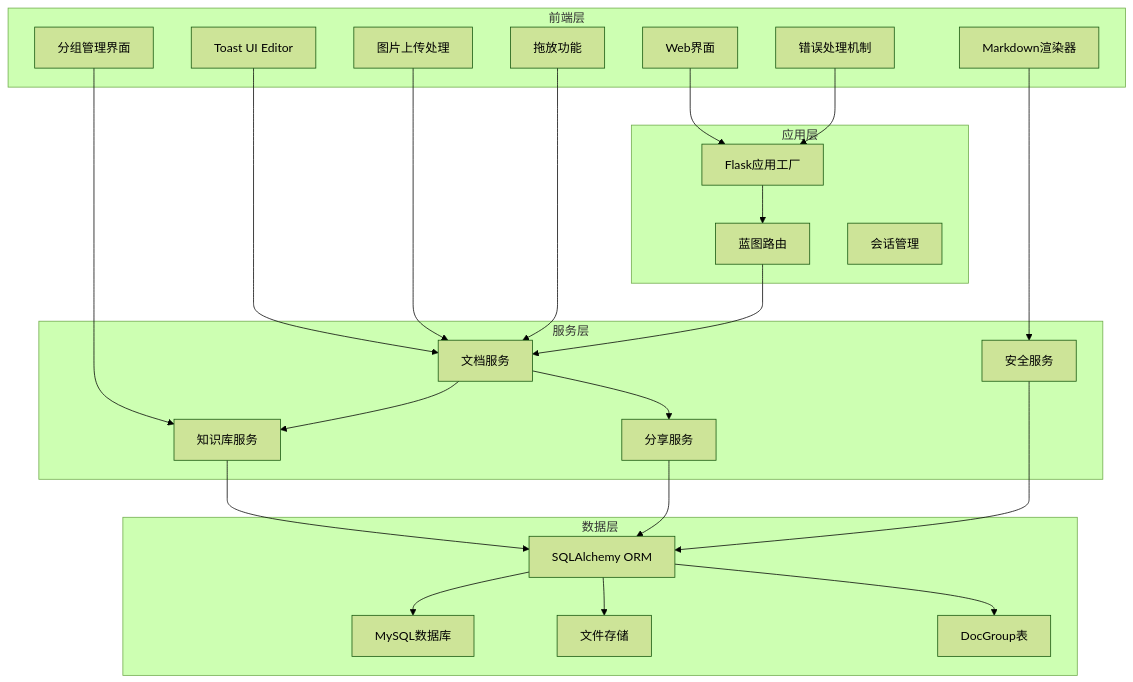
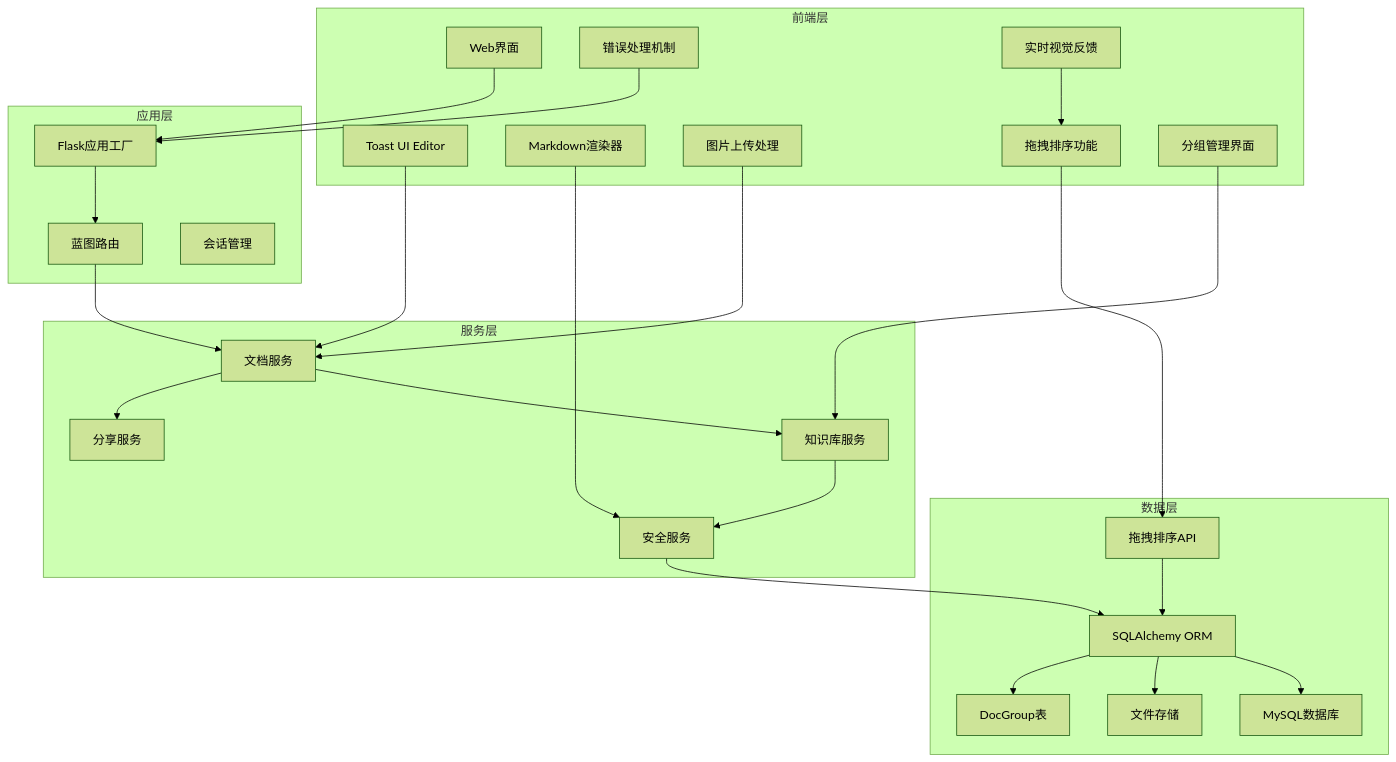
Before and after one commit to beyondalbert/my_wiki: the fourth of 20 diagrams in .qoder/repowiki/zh/content/架构设计/蓝图系统设计/文档蓝图 (Document Blueprint).md, drawn with Mermaid (forest theme). The commit also changed other lines of this file and 6 other files, not shown here.

````diff
--- a/.qoder/repowiki/zh/content/架构设计/蓝图系统设计/文档蓝图 (Document Blueprint).md
+++ b/.qoder/repowiki/zh/content/架构设计/蓝图系统设计/文档蓝图 (Document Blueprint).md
@@ -282,46 +282,49 @@
 ```mermaid
 graph TB
 subgraph "前端层"
 A[Web界面]
 B[Toast UI Editor]
 C[Markdown渲染器]
 D[错误处理机制]
 E[图片上传处理]
-F[拖放功能]
+F[拖拽排序功能]
 G[分组管理界面]
+H[实时视觉反馈]
 end
 subgraph "应用层"
-H[Flask应用工厂]
-I[蓝图路由]
-J[会话管理]
+I[Flask应用工厂]
+J[蓝图路由]
+K[会话管理]
 end
 subgraph "服务层"
-K[文档服务]
-L[知识库服务]
-M[分享服务]
-N[安全服务]
+L[文档服务]
+M[知识库服务]
+N[分享服务]
+O[安全服务]
 end
 subgraph "数据层"
-O[SQLAlchemy ORM]
-P[MySQL数据库]
-Q[文件存储]
-R[DocGroup表]
+P[SQLAlchemy ORM]
+Q[MySQL数据库]
+R[文件存储]
+S[DocGroup表]
+T[拖拽排序API]
 end
-A --> H
-B --> K
-C --> N
-D --> H
-E --> K
-F --> K
-G --> L
-H --> I
-I --> K
-K --> L
-K --> M
-L --> O
+A --> I
+B --> L
+C --> O
+D --> I
+E --> L
+F --> T
+G --> M
+H --> F
+I --> J
+J --> L
+L --> M
+L --> N
 M --> O
-N --> O
 O --> P
-O --> Q
-O --> R
+P --> Q
+P --> R
+P --> S
+T --> P
 ```
````
